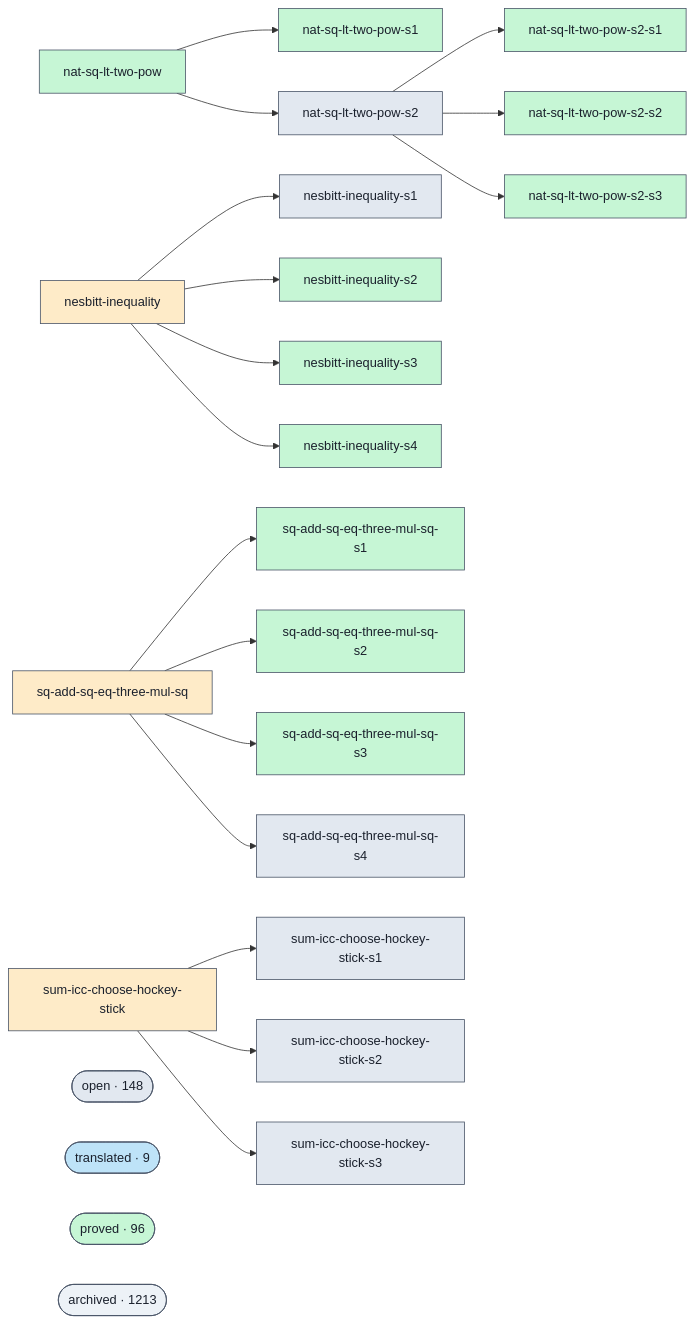
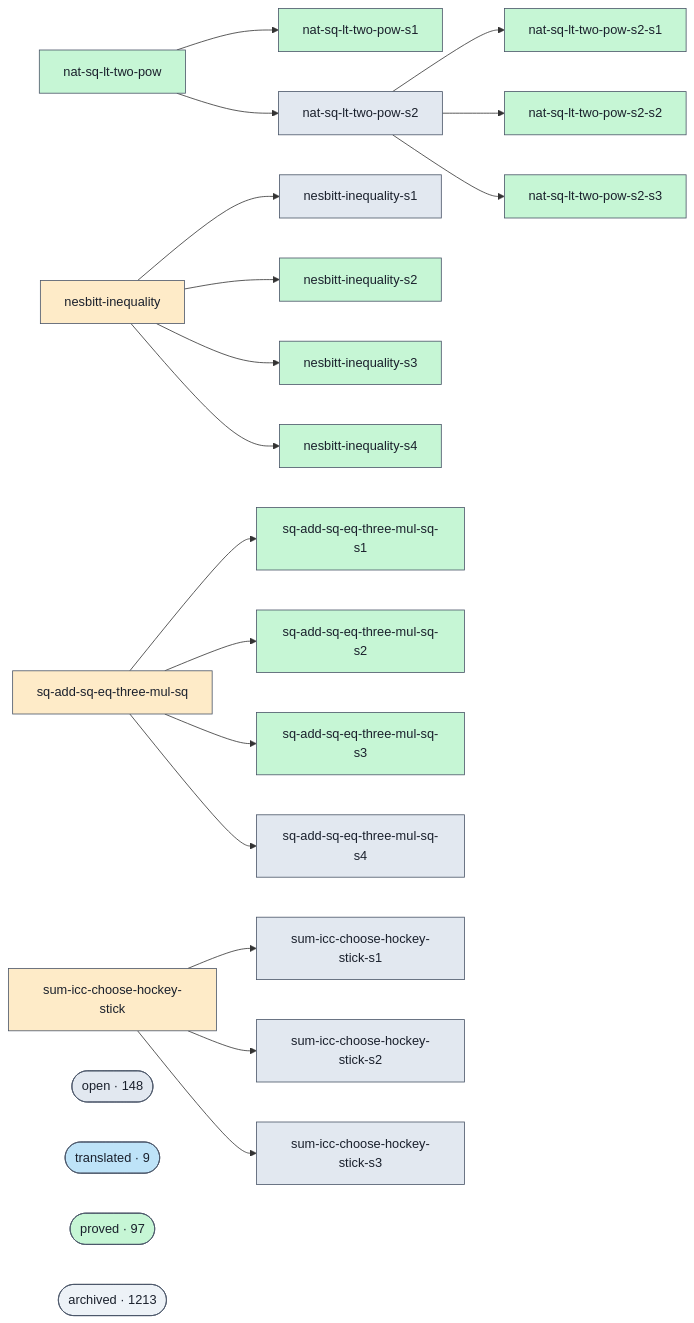
The diagram in docs/proofs-contributors-visualisation.md (ohdearquant/unsorry), drawn with Mermaid before and after one commit. The commit also changed other lines of this file and 2 other files, not shown here.

```diff
--- a/docs/proofs-contributors-visualisation.md
+++ b/docs/proofs-contributors-visualisation.md
@@ -102,7 +102,7 @@
   class cluster_open open;
   cluster_translated(["translated · 9"])
   class cluster_translated translated;
-  cluster_proved(["proved · 96"])
+  cluster_proved(["proved · 97"])
   class cluster_proved proved;
   cluster_archived(["archived · 1213"])
   class cluster_archived unknown;
```
